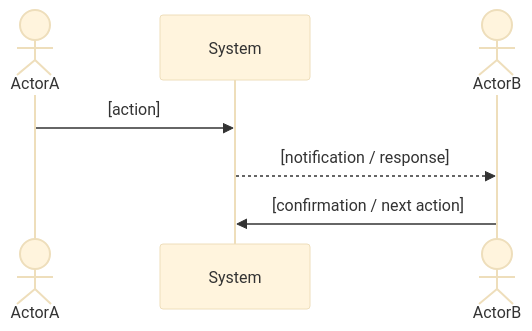
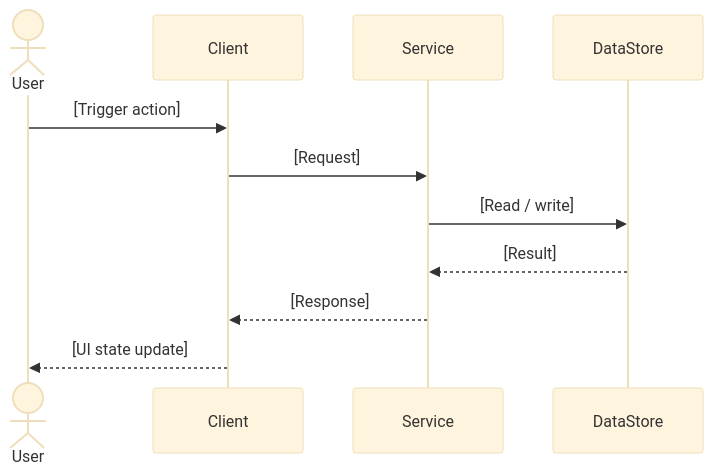
One commit to singyichen/label-suite changed the first of 2 diagrams in .specify/templates/spec-template.md. Above: the diagram before and after it, drawn with Mermaid (base theme). The commit also changed other lines of this file and 4 other files, not shown here.

````diff
--- a/.specify/templates/spec-template.md
+++ b/.specify/templates/spec-template.md
@@ -17,10 +26,14 @@
 ```mermaid
 sequenceDiagram
-    actor ActorA
-    participant System
-    actor ActorB
+    actor User
+    participant Client
+    participant Service
+    participant DataStore
 
-    ActorA->>System: [action]
-    System-->>ActorB: [notification / response]
-    ActorB->>System: [confirmation / next action]
+    User->>Client: [Trigger action]
+    Client->>Service: [Request]
+    Service->>DataStore: [Read / write]
+    DataStore-->>Service: [Result]
+    Service-->>Client: [Response]
+    Client-->>User: [UI state update]
 ```
````
